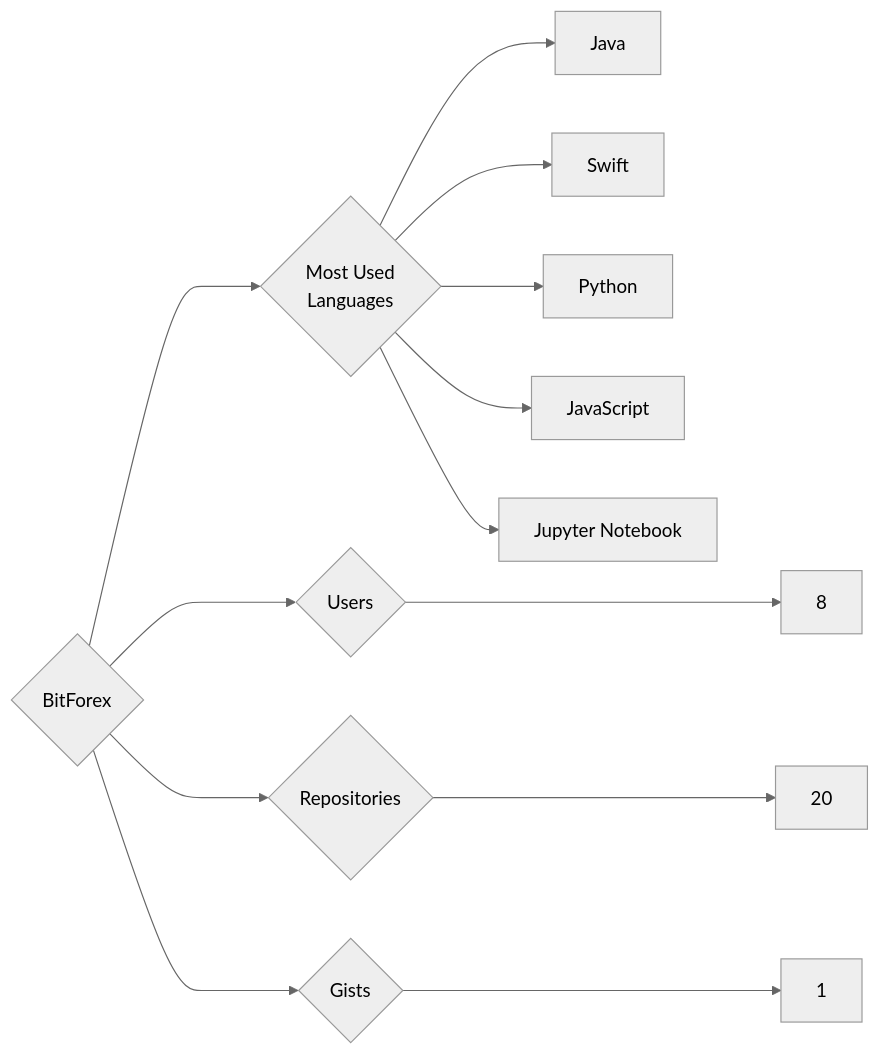
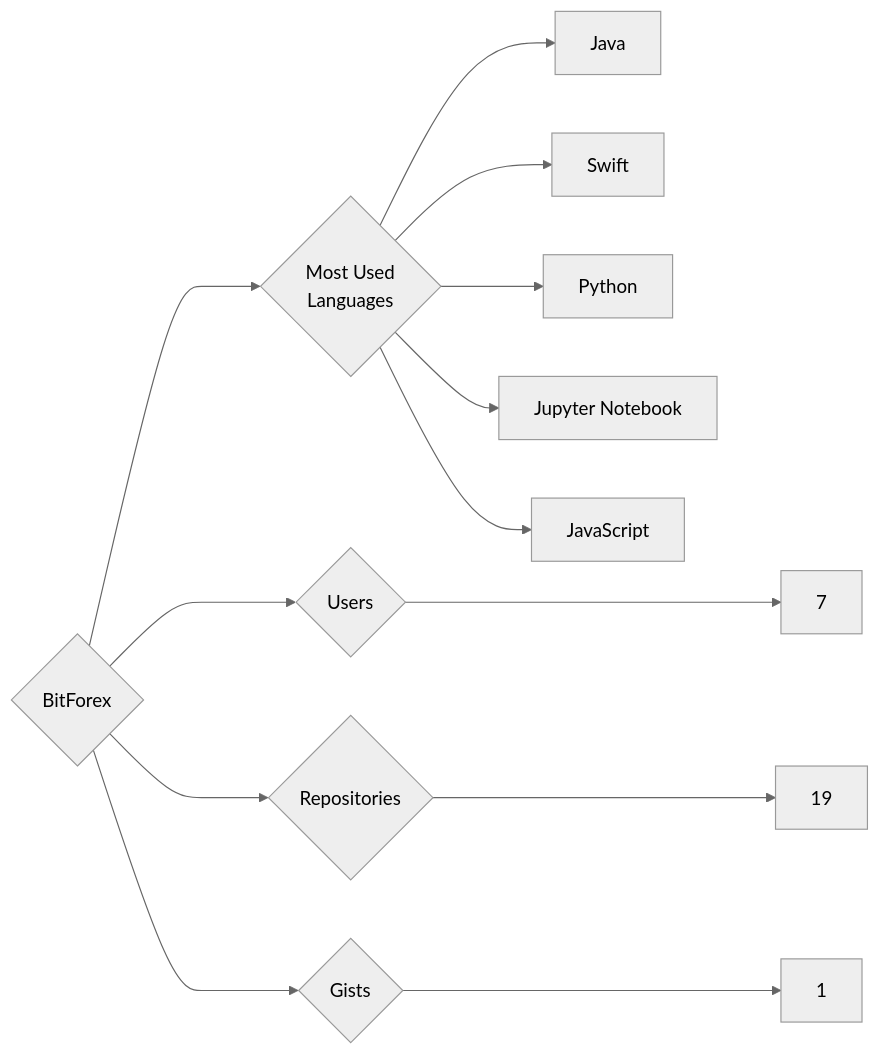
Before and after one commit to trickest/insiders: the diagram in targets/BitForex/README.md, drawn with Mermaid (neutral theme). The commit also changed 1084 other files, not shown here.

````diff
--- a/targets/BitForex/README.md
+++ b/targets/BitForex/README.md
@@ -3,13 +3,13 @@
 ```mermaid
 graph LR
 COMPANY_NAME{BitForex}
-COMPANY_NAME ---> U{Users} ---> UN[8]
-COMPANY_NAME ---> R{Repositories} ---> RN[20]
+COMPANY_NAME ---> U{Users} ---> UN[7]
+COMPANY_NAME ---> R{Repositories} ---> RN[19]
 COMPANY_NAME ---> G{Gists} ---> GN[1]
 COMPANY_NAME ---> ML{Most Used<br>Languages}
 ML --> Java[Java]
 ML --> Swift[Swift]
 ML --> Python[Python]
+ML --> Jupyter_Notebook[Jupyter Notebook]
 ML --> JavaScript[JavaScript]
-ML --> Jupyter_Notebook[Jupyter Notebook]
 ```
````
